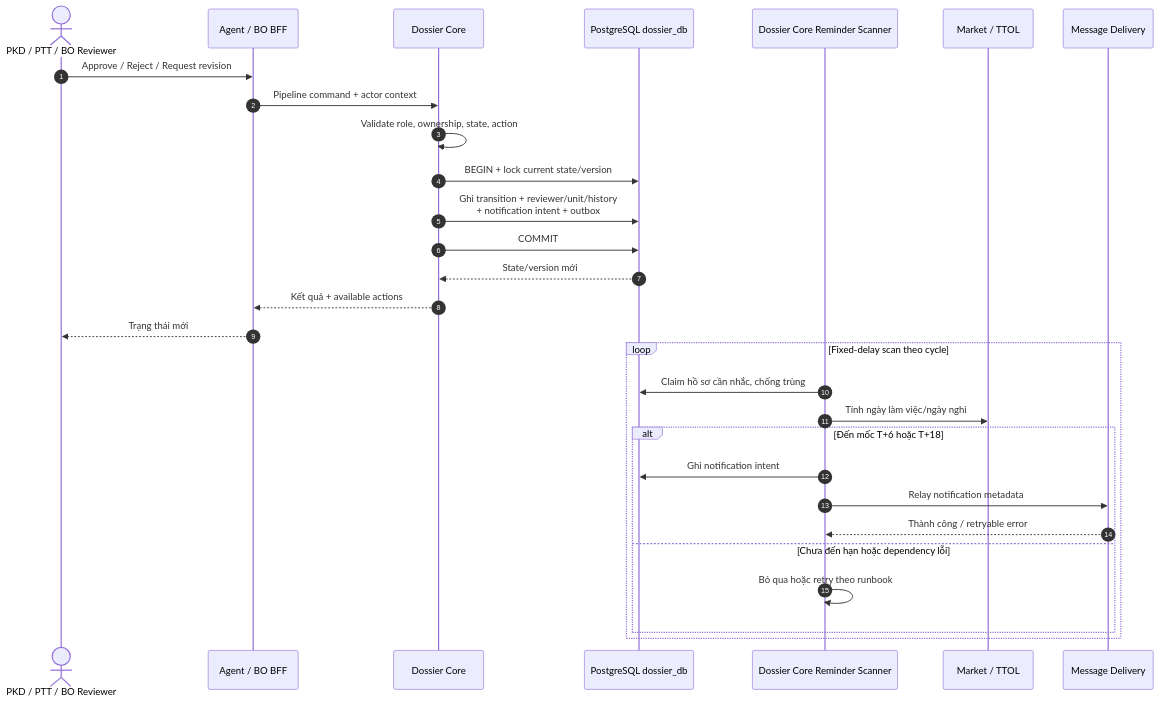
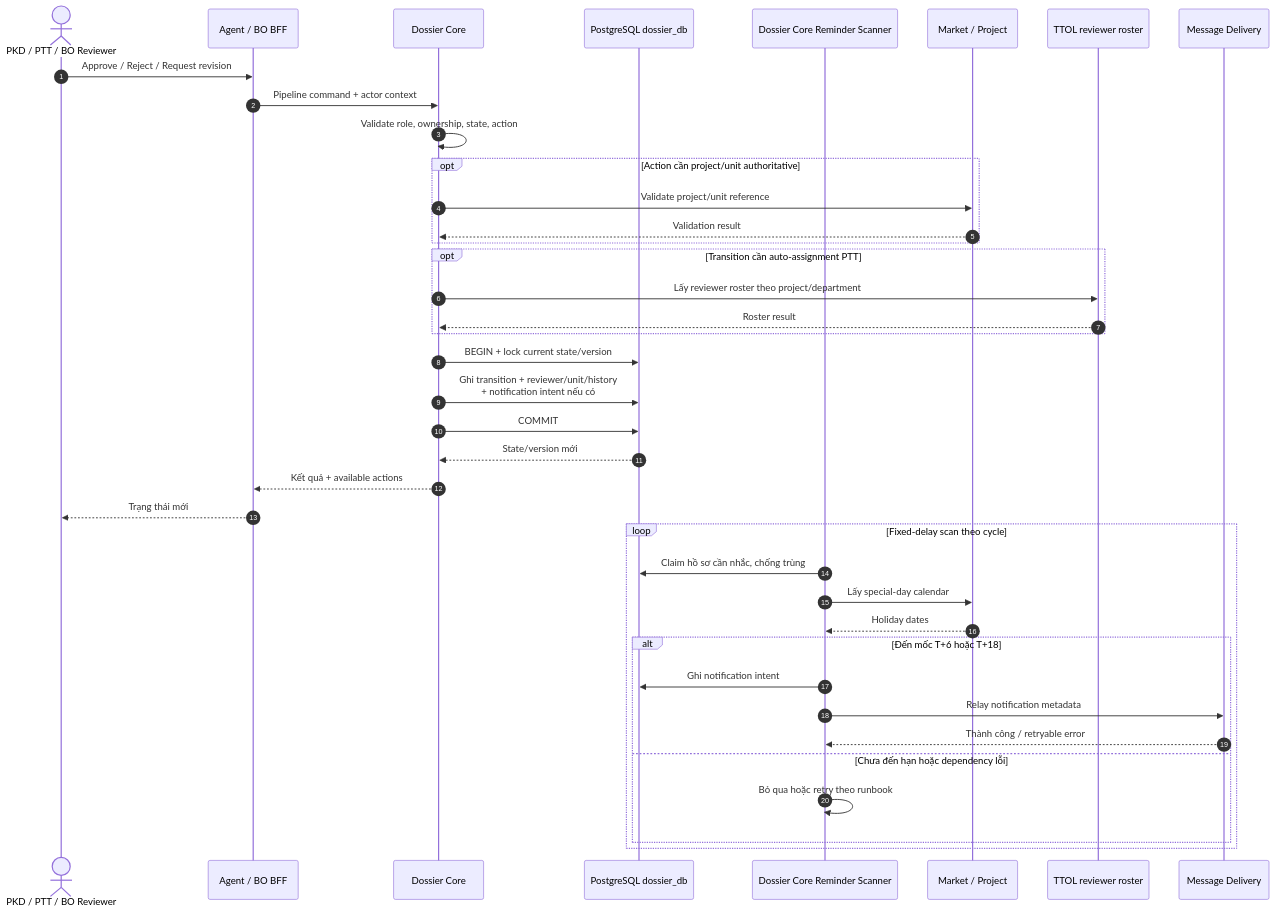
Diagram 14 of 17 in tdd-dossier.md (huynv-xyz/vhm), drawn with Mermaid before and after one commit. The commit also changed other lines of this file, not shown here.

````diff
--- a/tdd-dossier.md
+++ b/tdd-dossier.md
@@ -1355,33 +1517,43 @@
 ```mermaid
 sequenceDiagram
     autonumber
     actor Reviewer as PKD / PTT / BO Reviewer
     participant BFF as Agent / BO BFF
     participant Core as Dossier Core
     participant DB as PostgreSQL dossier_db
     participant Scheduler as Dossier Core Reminder Scanner
-    participant Calendar as Market / TTOL
+    participant Project as Market / Project
+    participant TTOL as TTOL reviewer roster
     participant Message as Message Delivery
 
     Reviewer->>BFF: Approve / Reject / Request revision
     BFF->>Core: Pipeline command + actor context
     Core->>Core: Validate role, ownership, state, action
+    opt Action cần project/unit authoritative
+        Core->>Project: Validate project/unit reference
+        Project-->>Core: Validation result
+    end
+    opt Transition cần auto-assignment PTT
+        Core->>TTOL: Lấy reviewer roster theo project/department
+        TTOL-->>Core: Roster result
+    end
     Core->>DB: BEGIN + lock current state/version
-    Core->>DB: Ghi transition + reviewer/unit/history<br/>+ notification intent + outbox
+    Core->>DB: Ghi transition + reviewer/unit/history<br/>+ notification intent nếu có
     Core->>DB: COMMIT
     DB-->>Core: State/version mới
     Core-->>BFF: Kết quả + available actions
     BFF-->>Reviewer: Trạng thái mới
 
     loop Fixed-delay scan theo cycle
         Scheduler->>DB: Claim hồ sơ cần nhắc, chống trùng
-        Scheduler->>Calendar: Tính ngày làm việc/ngày nghỉ
+        Scheduler->>Project: Lấy special-day calendar
+        Project-->>Scheduler: Holiday dates
         alt Đến mốc T+6 hoặc T+18
             Scheduler->>DB: Ghi notification intent
             Scheduler->>Message: Relay notification metadata
             Message-->>Scheduler: Thành công / retryable error
         else Chưa đến hạn hoặc dependency lỗi
             Scheduler->>Scheduler: Bỏ qua hoặc retry theo runbook
         end
     end
 ```
````
